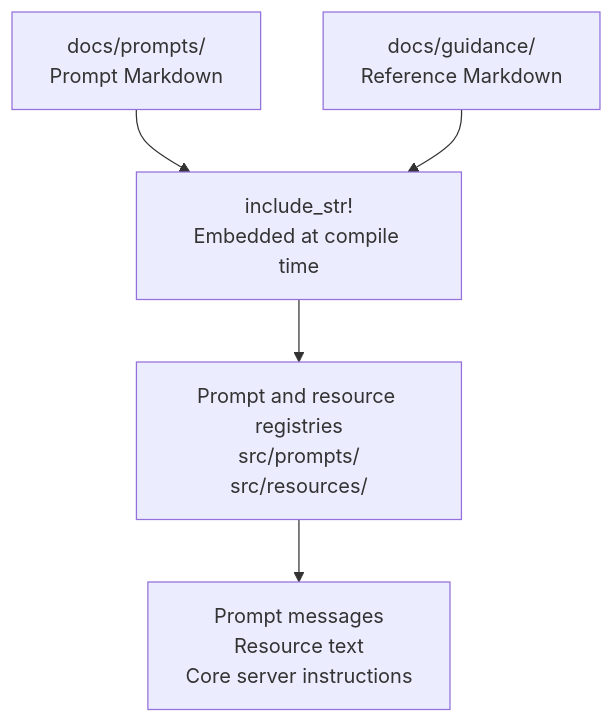
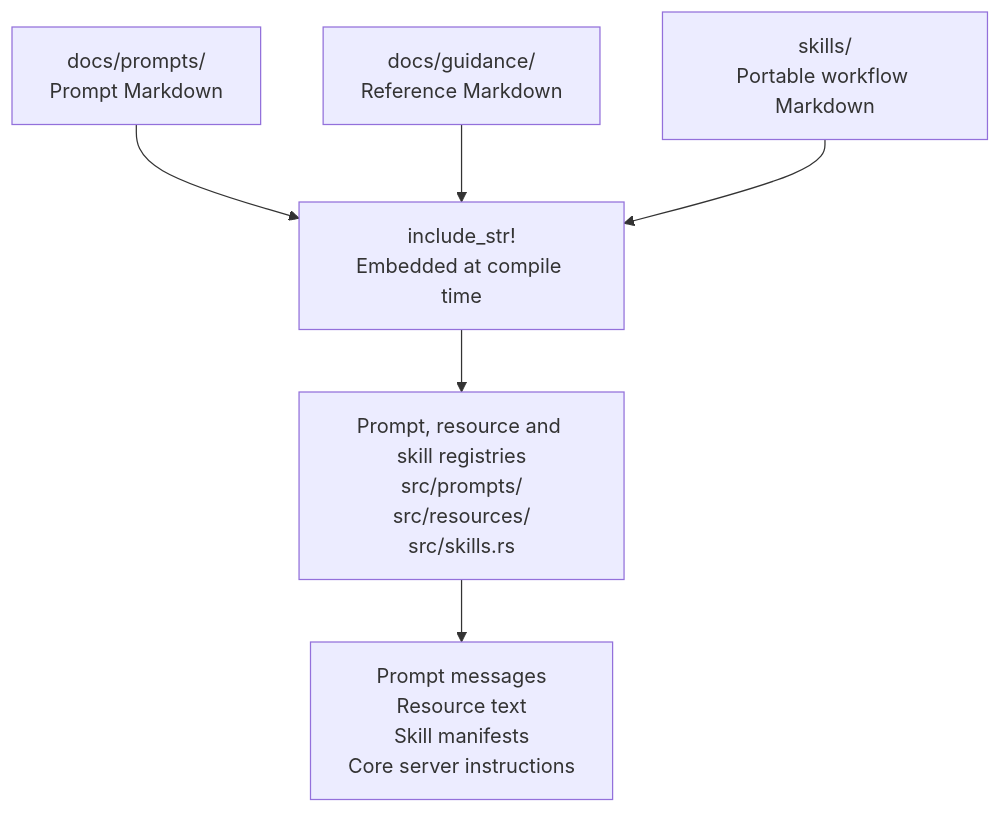
One commit to nathcymru/Diffyn changed the third of 3 diagrams in docs/architecture.md. Above: the diagram before and after it, drawn with Mermaid. The commit also changed other lines of this file and 83 other files, not shown here.

````diff
--- a/docs/architecture.md
+++ b/docs/architecture.md
@@ -53,13 +53,15 @@
 ```mermaid
 flowchart TD
     PromptFiles["docs/prompts/<br/>Prompt Markdown"]
     Guidance["docs/guidance/<br/>Reference Markdown"]
+    Skills["skills/<br/>Portable workflow Markdown"]
     Embed["include_str!<br/>Embedded at compile time"]
-    Registries["Prompt and resource registries<br/>src/prompts/<br/>src/resources/"]
-    Published["Prompt messages<br/>Resource text<br/>Core server instructions"]
+    Registries["Prompt, resource and skill registries<br/>src/prompts/<br/>src/resources/<br/>src/skills.rs"]
+    Published["Prompt messages<br/>Resource text<br/>Skill manifests<br/>Core server instructions"]
 
     PromptFiles --> Embed
     Guidance --> Embed
+    Skills --> Embed
     Embed --> Registries
     Registries --> Published
 ```
````
